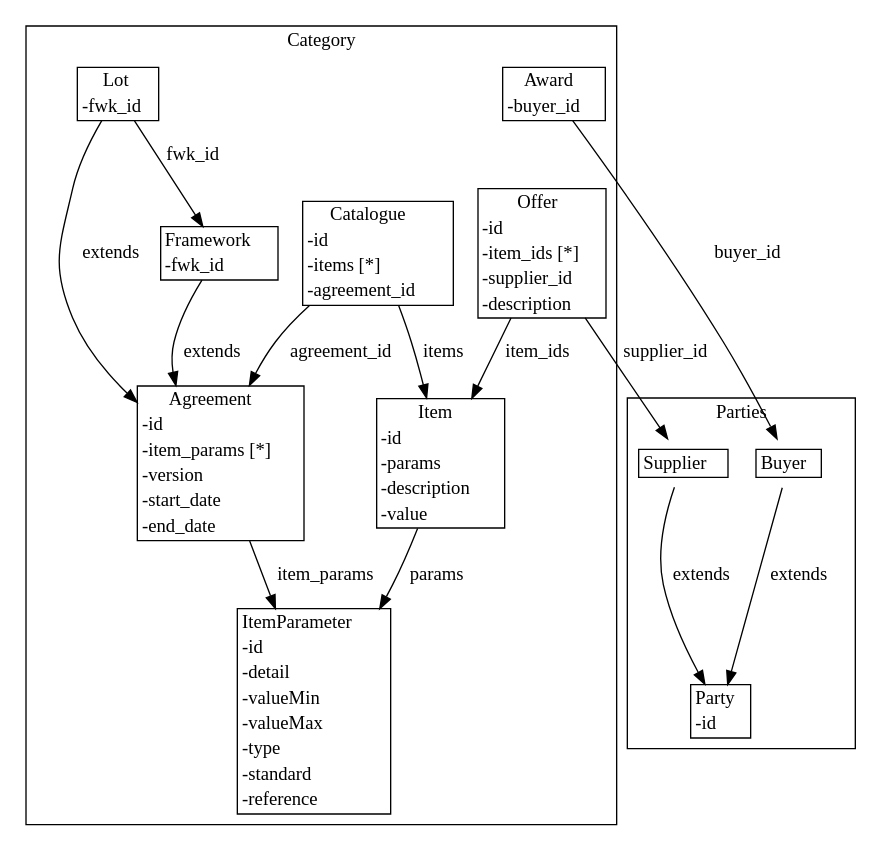
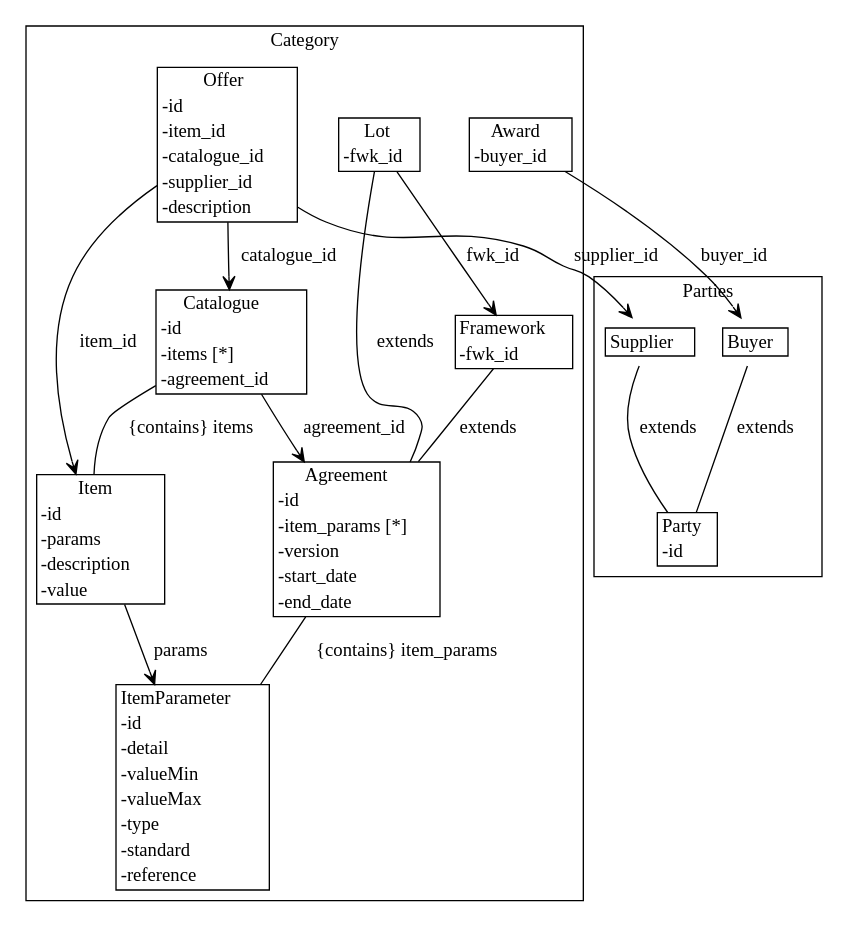
Before and after one commit to Crown-Commercial-Service/cmp-design-prototype: the diagram in agreement-design/gen/diagrams/data_model.dot, drawn with Graphviz. The commit also changed 9 other files, not shown here.

```diff
--- a/agreement-design/gen/diagrams/data_model.dot
+++ b/agreement-design/gen/diagrams/data_model.dot
@@ -1,33 +1,34 @@
 strict digraph {
 subgraph cluster_Category {
 node [shape=plaintext margin=0];
 label=Category;
 "ItemParameter" [label=<<table BORDER="1" CELLBORDER="0" CELLSPACING="0"><TH><TD>ItemParameter</TD></TH><TR><TD ALIGN="LEFT">-id </TD></TR><TR><TD ALIGN="LEFT">-detail </TD></TR><TR><TD ALIGN="LEFT">-valueMin </TD></TR><TR><TD ALIGN="LEFT">-valueMax </TD></TR><TR><TD ALIGN="LEFT">-type </TD></TR><TR><TD ALIGN="LEFT">-standard </TD></TR><TR><TD ALIGN="LEFT">-reference </TD></TR></table>>];
 "Agreement" [label=<<table BORDER="1" CELLBORDER="0" CELLSPACING="0"><TH><TD>Agreement</TD></TH><TR><TD ALIGN="LEFT">-id </TD></TR><TR><TD ALIGN="LEFT">-item_params [*]</TD></TR><TR><TD ALIGN="LEFT">-version </TD></TR><TR><TD ALIGN="LEFT">-start_date </TD></TR><TR><TD ALIGN="LEFT">-end_date </TD></TR></table>>];
 "Framework" [label=<<table BORDER="1" CELLBORDER="0" CELLSPACING="0"><TH><TD>Framework</TD></TH><TR><TD ALIGN="LEFT">-fwk_id </TD></TR></table>>];
 "Lot" [label=<<table BORDER="1" CELLBORDER="0" CELLSPACING="0"><TH><TD>Lot</TD></TH><TR><TD ALIGN="LEFT">-fwk_id </TD></TR></table>>];
 "Item" [label=<<table BORDER="1" CELLBORDER="0" CELLSPACING="0"><TH><TD>Item</TD></TH><TR><TD ALIGN="LEFT">-id </TD></TR><TR><TD ALIGN="LEFT">-params </TD></TR><TR><TD ALIGN="LEFT">-description </TD></TR><TR><TD ALIGN="LEFT">-value </TD></TR></table>>];
 "Catalogue" [label=<<table BORDER="1" CELLBORDER="0" CELLSPACING="0"><TH><TD>Catalogue</TD></TH><TR><TD ALIGN="LEFT">-id </TD></TR><TR><TD ALIGN="LEFT">-items [*]</TD></TR><TR><TD ALIGN="LEFT">-agreement_id </TD></TR></table>>];
-"Offer" [label=<<table BORDER="1" CELLBORDER="0" CELLSPACING="0"><TH><TD>Offer</TD></TH><TR><TD ALIGN="LEFT">-id </TD></TR><TR><TD ALIGN="LEFT">-item_ids [*]</TD></TR><TR><TD ALIGN="LEFT">-supplier_id </TD></TR><TR><TD ALIGN="LEFT">-description </TD></TR></table>>];
+"Offer" [label=<<table BORDER="1" CELLBORDER="0" CELLSPACING="0"><TH><TD>Offer</TD></TH><TR><TD ALIGN="LEFT">-id </TD></TR><TR><TD ALIGN="LEFT">-item_id </TD></TR><TR><TD ALIGN="LEFT">-catalogue_id </TD></TR><TR><TD ALIGN="LEFT">-supplier_id </TD></TR><TR><TD ALIGN="LEFT">-description </TD></TR></table>>];
 "Award" [label=<<table BORDER="1" CELLBORDER="0" CELLSPACING="0"><TH><TD>Award</TD></TH><TR><TD ALIGN="LEFT">-buyer_id </TD></TR></table>>];
 }
 subgraph cluster_Parties {
 node [shape=plaintext margin=0];
 label=Parties;
 "Party" [label=<<table BORDER="1" CELLBORDER="0" CELLSPACING="0"><TH><TD>Party</TD></TH><TR><TD ALIGN="LEFT">-id </TD></TR></table>>];
 "Supplier" [label=<<table BORDER="1" CELLBORDER="0" CELLSPACING="0"><TH><TD>Supplier</TD></TH></table>>];
 "Buyer" [label=<<table BORDER="1" CELLBORDER="0" CELLSPACING="0"><TH><TD>Buyer</TD></TH></table>>];
 }
-"Agreement" -> "ItemParameter" [label=item_params];
-"Framework" -> "Agreement" [label=extends];
-"Lot" -> "Framework" [label=fwk_id];
-"Lot" -> "Agreement" [label=extends];
-"Item" -> "ItemParameter" [label=params];
-"Catalogue" -> "Item" [label=items];
-"Catalogue" -> "Agreement" [label=agreement_id];
-"Offer" -> "Item" [label=item_ids];
-"Offer" -> "Supplier" [label=supplier_id];
-"Award" -> "Buyer" [label=buyer_id];
-"Supplier" -> "Party" [label=extends];
-"Buyer" -> "Party" [label=extends];
+"Agreement" -> "ItemParameter" [label="{contains} item_params" arrowhead = "none" arrowtail = "diamond" ];
+"Framework" -> "Agreement" [label="extends" arrowhead = "none" arrowtail = "normal" ];
+"Lot" -> "Framework" [label="fwk_id" arrowhead = "open" arrowtail = "none" ];
+"Lot" -> "Agreement" [label="extends" arrowhead = "none" arrowtail = "normal" ];
+"Item" -> "ItemParameter" [label="params" arrowhead = "open" arrowtail = "none" ];
+"Catalogue" -> "Item" [label="{contains} items" arrowhead = "none" arrowtail = "diamond" ];
+"Catalogue" -> "Agreement" [label="agreement_id" arrowhead = "open" arrowtail = "none" ];
+"Offer" -> "Item" [label="item_id" arrowhead = "open" arrowtail = "none" ];
+"Offer" -> "Catalogue" [label="catalogue_id" arrowhead = "open" arrowtail = "none" ];
+"Offer" -> "Supplier" [label="supplier_id" arrowhead = "open" arrowtail = "none" ];
+"Award" -> "Buyer" [label="buyer_id" arrowhead = "open" arrowtail = "none" ];
+"Supplier" -> "Party" [label="extends" arrowhead = "none" arrowtail = "normal" ];
+"Buyer" -> "Party" [label="extends" arrowhead = "none" arrowtail = "normal" ];
 }
```
